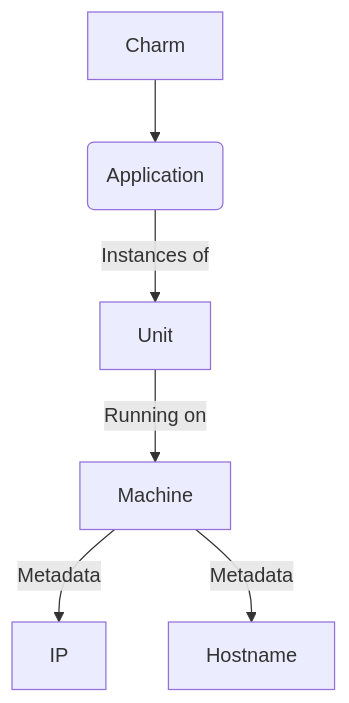
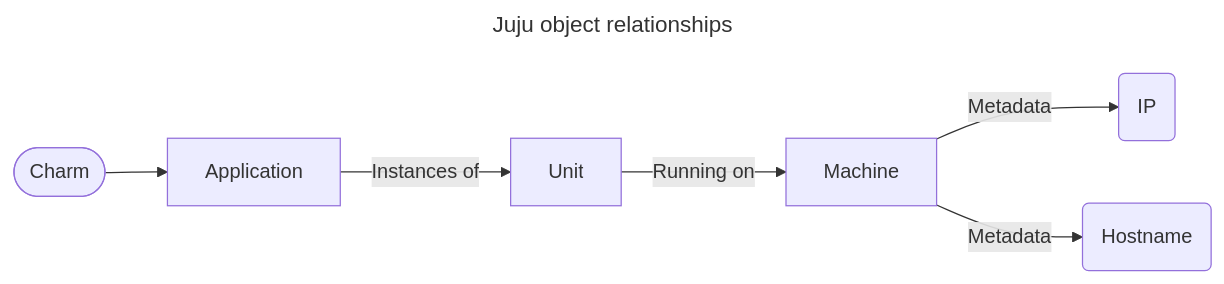
One commit to LCVcode/jockey changed the diagram in README.md. Above: the diagram before and after it, drawn with Mermaid.

Commit message:
README.md: tweak graph layout

````diff
--- a/README.md
+++ b/README.md
@@ -8,8 +8,11 @@
 ```mermaid
-flowchart
-    C[Charm] --> A(Application)
+---
+title: Juju object relationships
+---
+flowchart LR
+    C([Charm]) --> A[Application]
     A -->|Instances of| U[Unit]
     U -->|Running on| M[Machine]
-    M -->|Metadata| M_I[IP]
-    M -->|Metadata| M_H[Hostname]
+    M -->|Metadata| M_I(IP)
+    M -->|Metadata| M_H(Hostname)
 ```
````
